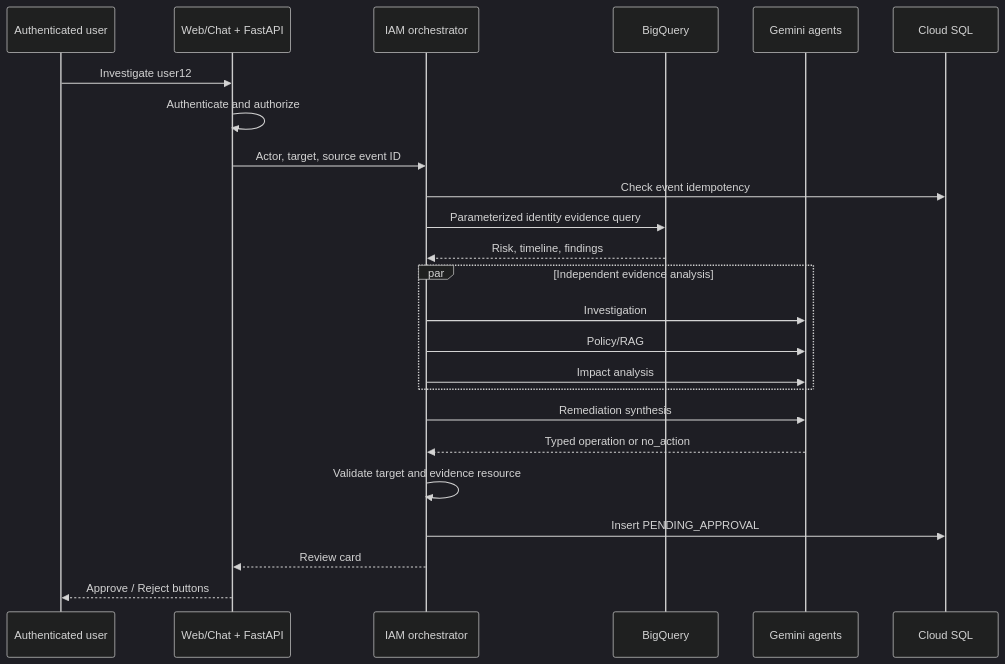
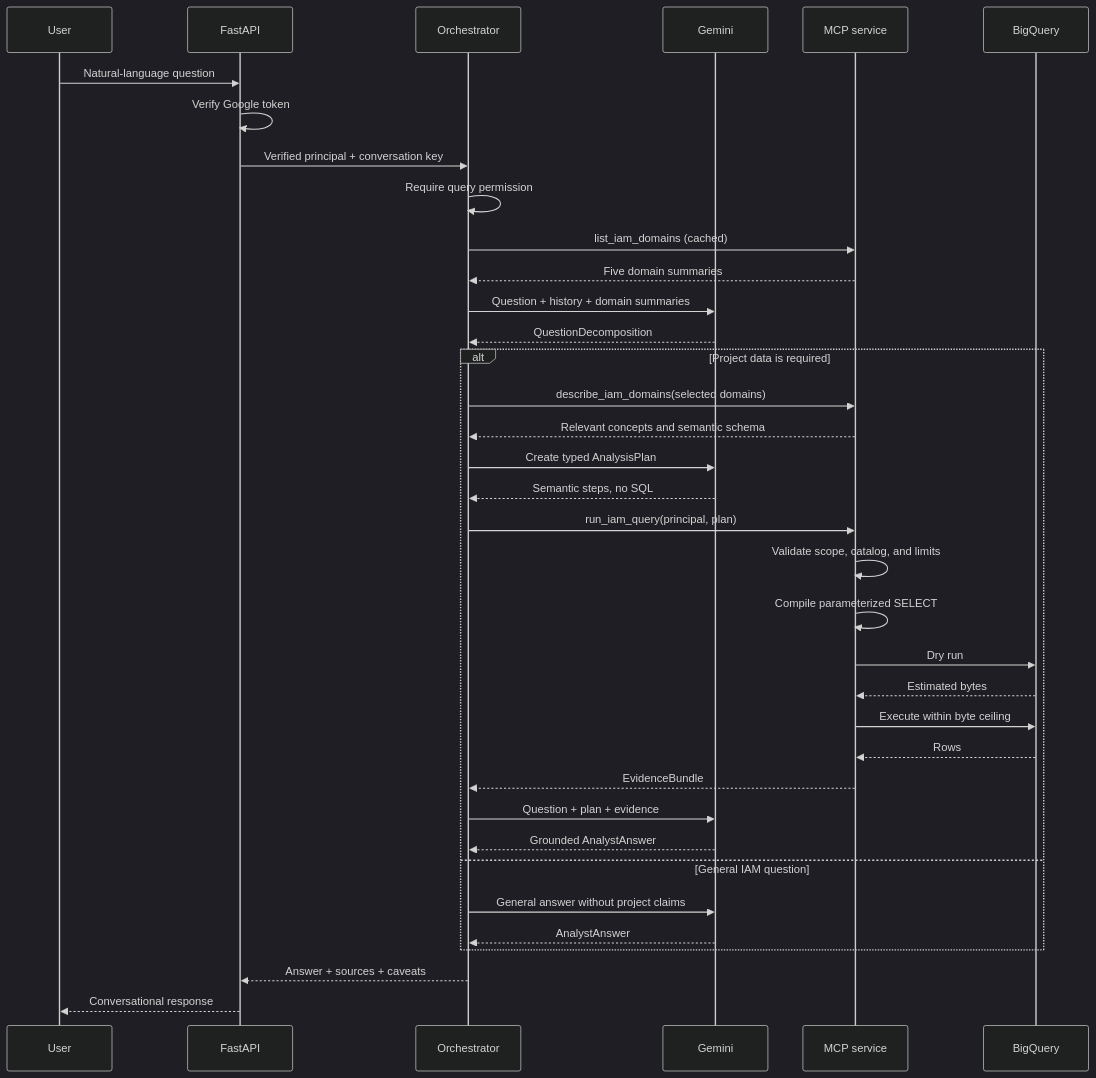
The second of 2 diagrams in ARCHITECTURE.md (sasidharmeka/iam-test), drawn with Mermaid (dark theme) before and after one commit. The commit also changed other lines of this file and 48 other files, not shown here.

Commit message:
Refactor IAM agent into read-only MCP analytics

````diff
--- a/ARCHITECTURE.md
+++ b/ARCHITECTURE.md
@@ -20,27 +50,39 @@
 ```mermaid
 sequenceDiagram
-    participant U as Authenticated user
-    participant C as Web/Chat + FastAPI
-    participant O as IAM orchestrator
+    participant U as User
+    participant F as FastAPI
+    participant O as Orchestrator
+    participant G as Gemini
+    participant M as MCP service
     participant B as BigQuery
-    participant A as Gemini agents
-    participant Q as Cloud SQL
 
-    U->>C: Investigate user12
-    C->>C: Authenticate and authorize
-    C->>O: Actor, target, source event ID
-    O->>Q: Check event idempotency
-    O->>B: Parameterized identity evidence query
-    B-->>O: Risk, timeline, findings
-    par Independent evidence analysis
-        O->>A: Investigation
-        O->>A: Policy/RAG
-        O->>A: Impact analysis
+    U->>F: Natural-language question
+    F->>F: Verify Google token
+    F->>O: Verified principal + conversation key
+    O->>O: Require query permission
+    O->>M: list_iam_domains (cached)
+    M-->>O: Five domain summaries
+    O->>G: Question + history + domain summaries
+    G-->>O: QuestionDecomposition
+    alt Project data is required
+        O->>M: describe_iam_domains(selected domains)
+        M-->>O: Relevant concepts and semantic schema
+        O->>G: Create typed AnalysisPlan
+        G-->>O: Semantic steps, no SQL
+        O->>M: run_iam_query(principal, plan)
+        M->>M: Validate scope, catalog, and limits
+        M->>M: Compile parameterized SELECT
+        M->>B: Dry run
+        B-->>M: Estimated bytes
+        M->>B: Execute within byte ceiling
+        B-->>M: Rows
+        M-->>O: EvidenceBundle
+        O->>G: Question + plan + evidence
+        G-->>O: Grounded AnalystAnswer
+    else General IAM question
+        O->>G: General answer without project claims
+        G-->>O: AnalystAnswer
     end
-    O->>A: Remediation synthesis
-    A-->>O: Typed operation or no_action
-    O->>O: Validate target and evidence resource
-    O->>Q: Insert PENDING_APPROVAL
-    O-->>C: Review card
-    C-->>U: Approve / Reject buttons
+    O-->>F: Answer + sources + caveats
+    F-->>U: Conversational response
 ```
````
